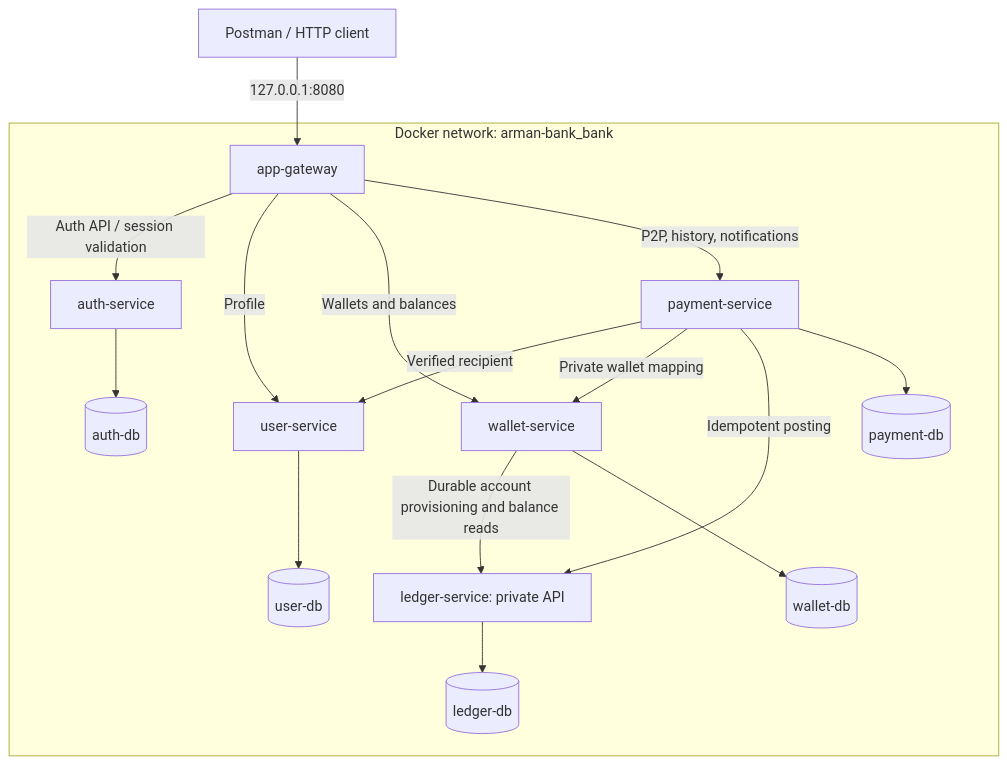
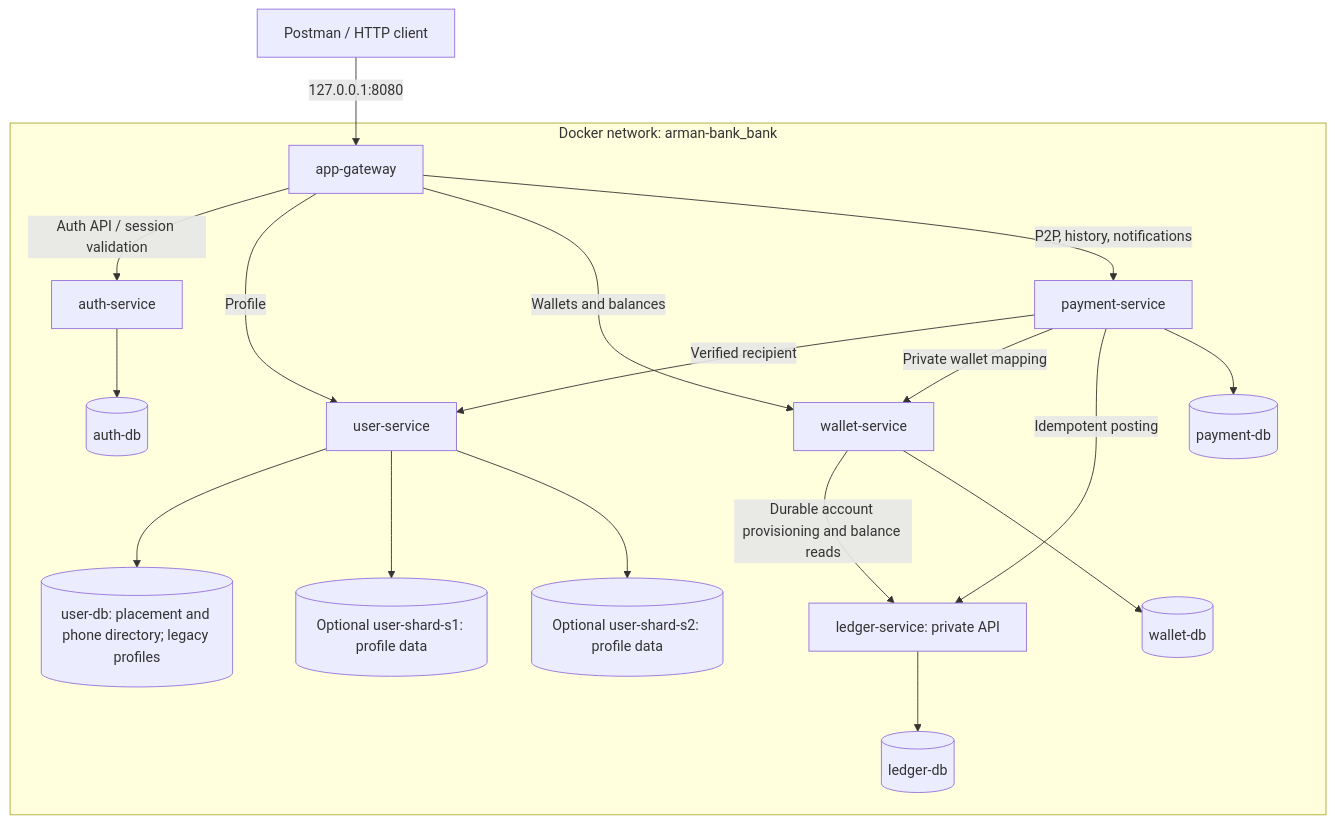
The first of 15 diagrams in ARCHITECTURE.md (aarbabaev/ArMoney), drawn with Mermaid before and after one commit. The commit also changed other lines of this file and 25 other files, not shown here.

Commit message:
Shard new user profiles by email prefix with immutable placement

````diff
--- a/ARCHITECTURE.md
+++ b/ARCHITECTURE.md
@@ -50,20 +50,22 @@
 ```mermaid
 flowchart TB
     C["Postman / HTTP client"] -->|"127.0.0.1:8080"| G["app-gateway"]
     subgraph NET["Docker network: arman-bank_bank"]
         G -->|"Auth API / session validation"| A["auth-service"]
         G -->|"Profile"| U["user-service"]
         G -->|"Wallets and balances"| W["wallet-service"]
         G -->|"P2P, history, notifications"| P["payment-service"]
         P -->|"Verified recipient"| U
         P -->|"Private wallet mapping"| W
         P -->|"Idempotent posting"| L
         L["ledger-service: private API"]
         W -->|"Durable account provisioning and balance reads"| L
         A --> AD[("auth-db")]
-        U --> UD[("user-db")]
+        U --> UD[("user-db: placement and phone directory; legacy profiles")]
+        U --> US1[("Optional user-shard-s1: profile data")]
+        U --> US2[("Optional user-shard-s2: profile data")]
         W --> WD[("wallet-db")]
         P --> PD[("payment-db")]
         L --> LD[("ledger-db")]
     end
 ```
````
